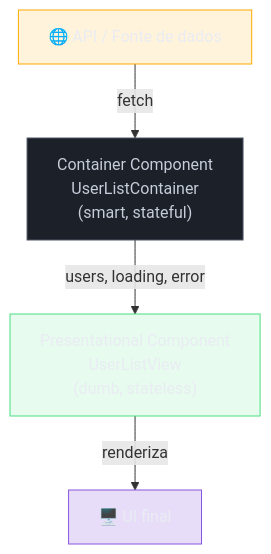
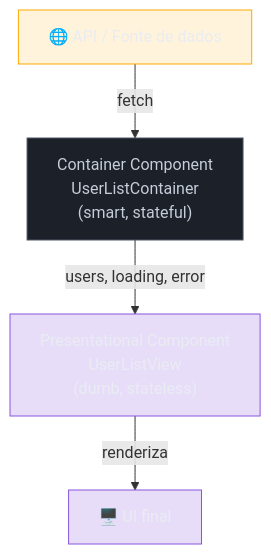
One commit to josenaldo/codex-technomanticus changed the diagram in 03-Dominios/Tecnologia/React/Design Patterns/02 - Container vs Presentational.md. Above: the diagram before and after it, drawn with Mermaid. The commit also changed 601 other files, not shown here.

````diff
--- a/03-Dominios/Tecnologia/React/Design Patterns/02 - Container vs Presentational.md
+++ b/03-Dominios/Tecnologia/React/Design Patterns/02 - Container vs Presentational.md
@@ -102,15 +102,14 @@
 ```mermaid
 graph TD
     classDef neutro fill:#1B2029,stroke:#4E5666,color:#C6CCD8
-    classDef ok fill:#4ADE8021,stroke:#4ADE80,color:#E9ECF2
     classDef destaque fill:#FFAA0024,stroke:#FFAA00,color:#E9ECF2
     classDef marca fill:#8855DF33,stroke:#8855DF,color:#E9ECF2
     API["🌐 API / Fonte de dados"] -->|fetch| C["Container Component\nUserListContainer\n(smart, stateful)"]
     C -->|users, loading, error| P["Presentational Component\nUserListView\n(dumb, stateless)"]
     P -->|renderiza| UI["🖥️ UI final"]
 
     class C neutro
-    class P ok
+    class P marca
     class API destaque
     class UI marca
 ```
````
